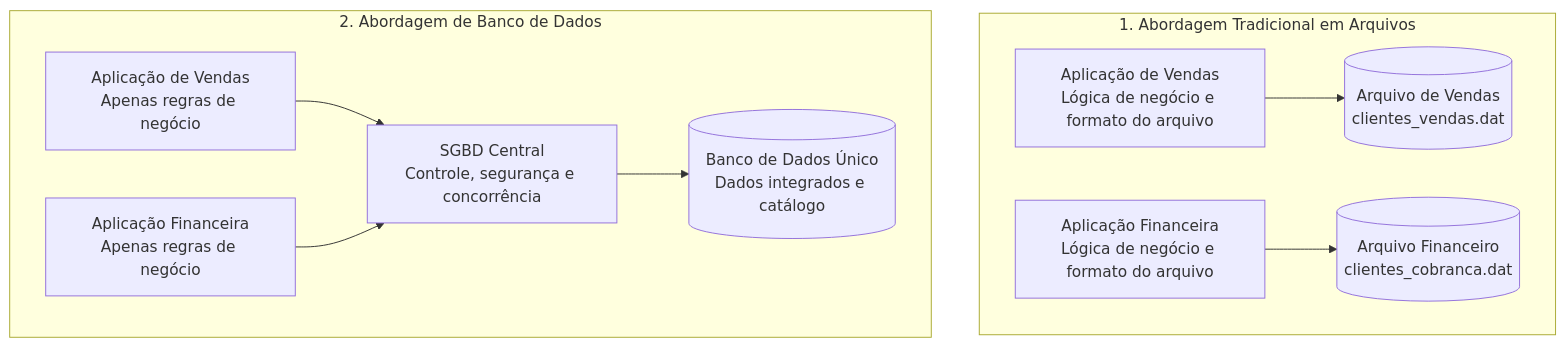
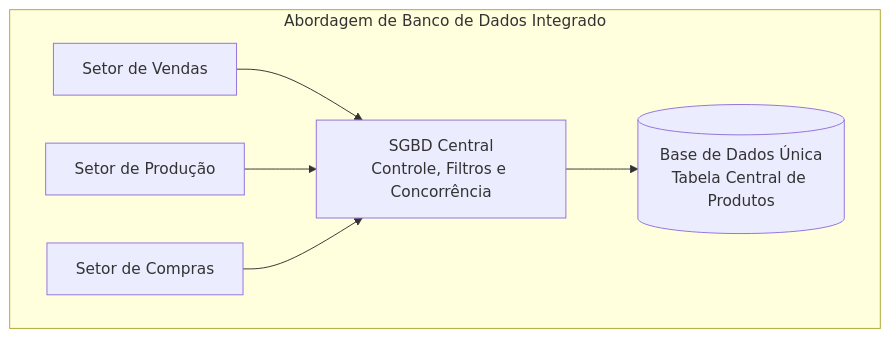
Before and after one commit to leorruas/puc: the second of 4 diagrams in 02. Modelagem de Dados/02. Abordagem de arquivos vs. abordagem de banco de dados.md, drawn with Mermaid. The commit also changed other lines of this file and 2 other files, not shown here.

Commit message:
feat(modelagem-dados): integrate user lecture notes into article 02 and add rule 19

````diff
--- a/02. Modelagem de Dados/02. Abordagem de arquivos vs. abordagem de banco de dados.md
+++ b/02. Modelagem de Dados/02. Abordagem de arquivos vs. abordagem de banco de dados.md
@@ -165,23 +66,16 @@
 ```mermaid
 flowchart TD
-    subgraph SubgraphTradicional["1. Abordagem Tradicional em Arquivos"]
-        App1["Aplicação de Vendas<br>Lógica de negócio e formato do arquivo"]
-        File1[("Arquivo de Vendas<br>clientes_vendas.dat")]
-        App2["Aplicação Financeira<br>Lógica de negócio e formato do arquivo"]
-        File2[("Arquivo Financeiro<br>clientes_cobranca.dat")]
+    subgraph SubgraphIntegrado["Abordagem de Banco de Dados Integrado"]
+        VendasApp["Setor de Vendas"]
+        ProdApp["Setor de Produção"]
+        ComprasApp["Setor de Compras"]
         
-        App1 --> File1
-        App2 --> File2
-    end
-
-    subgraph SubgraphBancoDados["2. Abordagem de Banco de Dados"]
-        AppA["Aplicação de Vendas<br>Apenas regras de negócio"]
-        AppB["Aplicação Financeira<br>Apenas regras de negócio"]
-        SGBD["SGBD Central<br>Controle, segurança e concorrência"]
-        BD[("Banco de Dados Único<br>Dados integrados e catálogo")]
+        SGBD["SGBD Central<br>Controle, Filtros e Concorrência"]
+        BDIdeal[("Base de Dados Única<br>Tabela Central de Produtos")]
         
-        AppA --> SGBD
-        AppB --> SGBD
-        SGBD --> BD
+        VendasApp --> SGBD
+        ProdApp --> SGBD
+        ComprasApp --> SGBD
+        SGBD --> BDIdeal
     end
 ```
````
